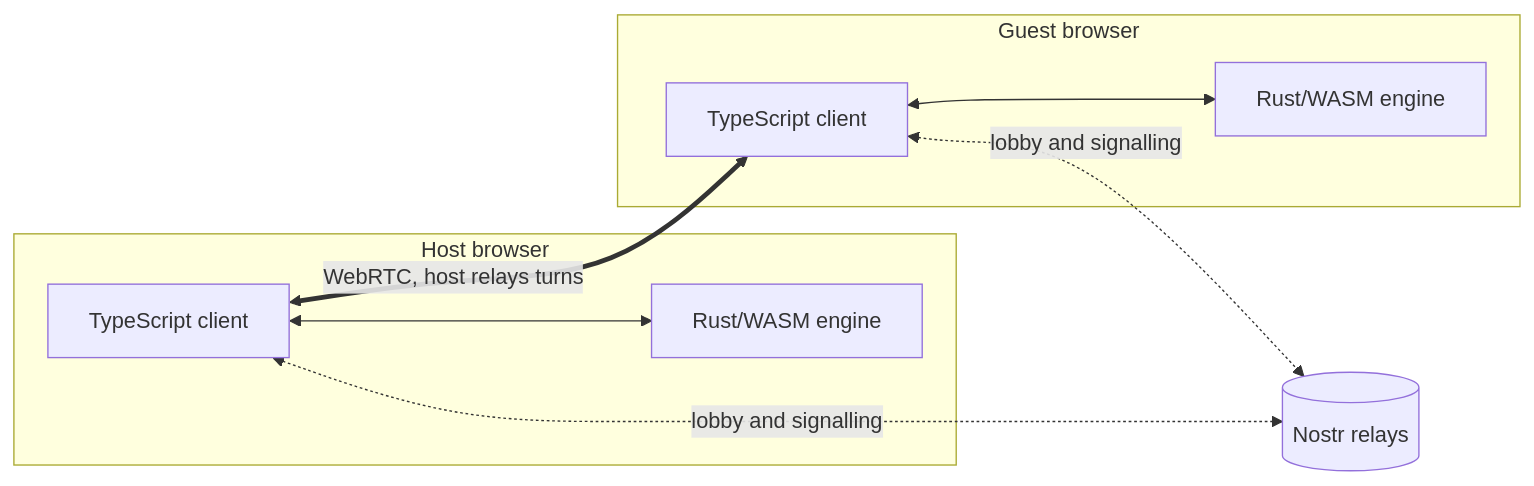
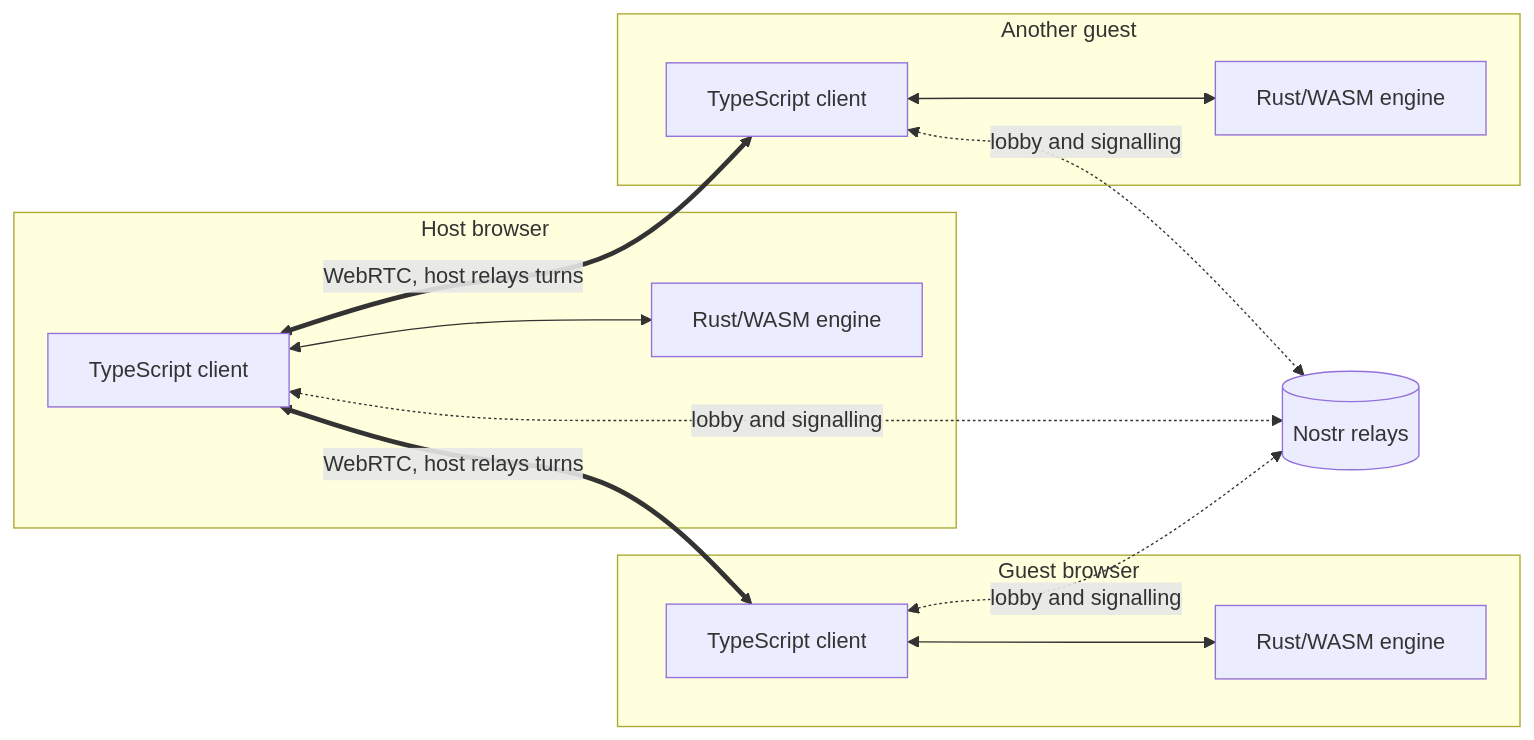
Before and after one commit to jmigual/graph-fight: the diagram in README.md, drawn with Mermaid. The commit also changed other lines of this file, not shown here.

Commit message:
Polish README: show the host relay, a draw ending and the reconnect limit

````diff
--- a/README.md
+++ b/README.md
@@ -68,12 +68,17 @@
 ```mermaid
 flowchart LR
     subgraph A [Host browser]
         TSA[TypeScript client] <--> WA[Rust/WASM engine]
     end
     subgraph B [Guest browser]
         TSB[TypeScript client] <--> WB[Rust/WASM engine]
     end
+    subgraph C [Another guest]
+        TSC[TypeScript client] <--> WC[Rust/WASM engine]
+    end
     TSA <-. lobby and signalling .-> N[(Nostr relays)]
     TSB <-. lobby and signalling .-> N
+    TSC <-. lobby and signalling .-> N
     TSA <== WebRTC, host relays turns ==> TSB
+    TSA <== WebRTC, host relays turns ==> TSC
 ```
````
